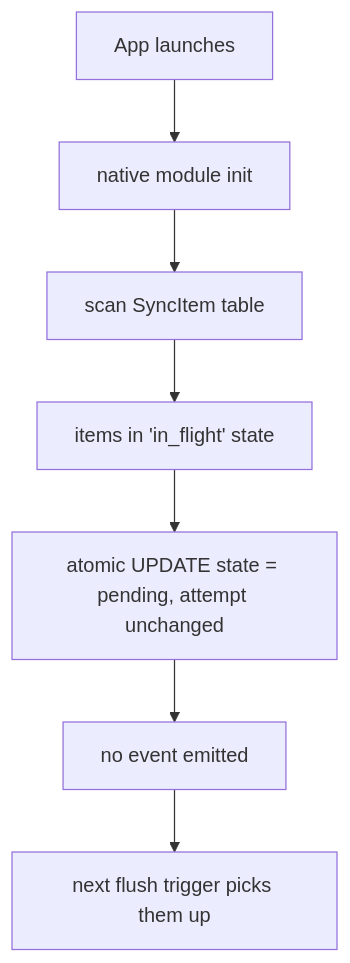
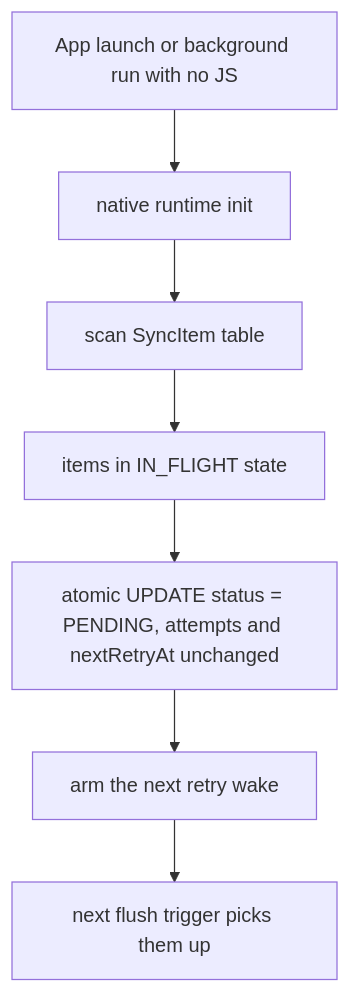
The sixth of 6 diagrams in website/docs/architecture/data-flow.md (gabriel-sisjr/react-native-sync-provider), drawn with Mermaid before and after one commit. The commit also changed other lines of this file and 62 other files, not shown here.

````diff
--- a/website/docs/architecture/data-flow.md
+++ b/website/docs/architecture/data-flow.md
@@ -142,9 +156,9 @@
 ```mermaid
 flowchart TD
-    A[App launches] --> B[native module init]
+    A[App launch or background run with no JS] --> B[native runtime init]
     B --> C[scan SyncItem table]
-    C --> D[items in 'in_flight' state]
-    D --> E[atomic UPDATE state = pending, attempt unchanged]
-    E --> F[no event emitted]
+    C --> D[items in IN_FLIGHT state]
+    D --> E[atomic UPDATE status = PENDING, attempts and nextRetryAt unchanged]
+    E --> F[arm the next retry wake]
     F --> G[next flush trigger picks them up]
 ```
````
